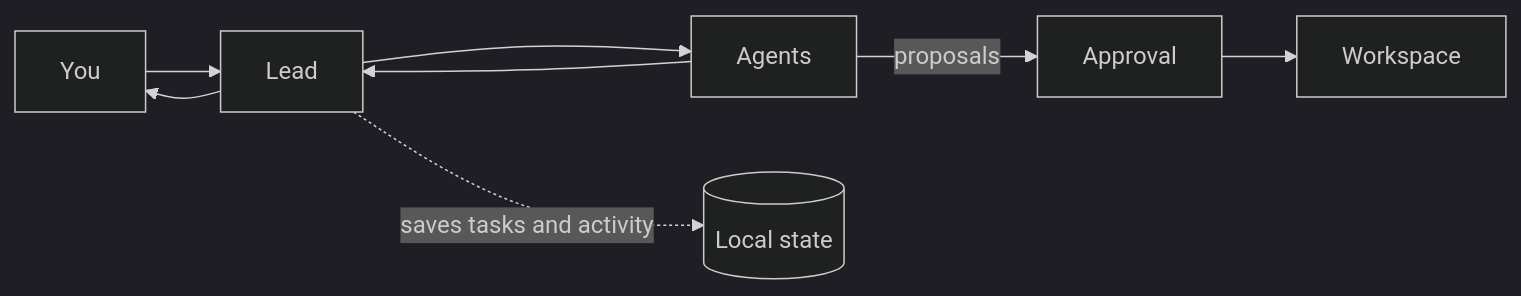
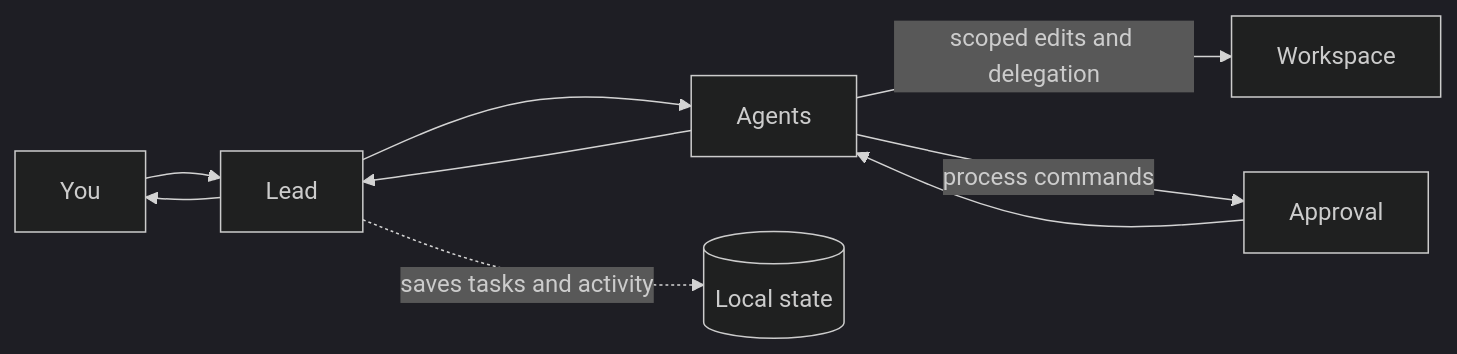
One commit to orhun/voff changed the diagram in README.md. Above: the diagram before and after it, drawn with Mermaid (dark theme). The commit also changed other lines of this file and 4 other files, not shown here.

````diff
--- a/README.md
+++ b/README.md
@@ -68,8 +69,9 @@
 ```mermaid
 flowchart LR
     You --> Lead --> Agents
-    Agents -->|proposals| Approval
-    Approval --> Workspace
+    Agents -->|scoped edits and delegation| Workspace
+    Agents -->|process commands| Approval
+    Approval --> Agents
     Agents --> Lead --> You
     Lead -. saves tasks and activity .-> State[(Local state)]
 ```
````
